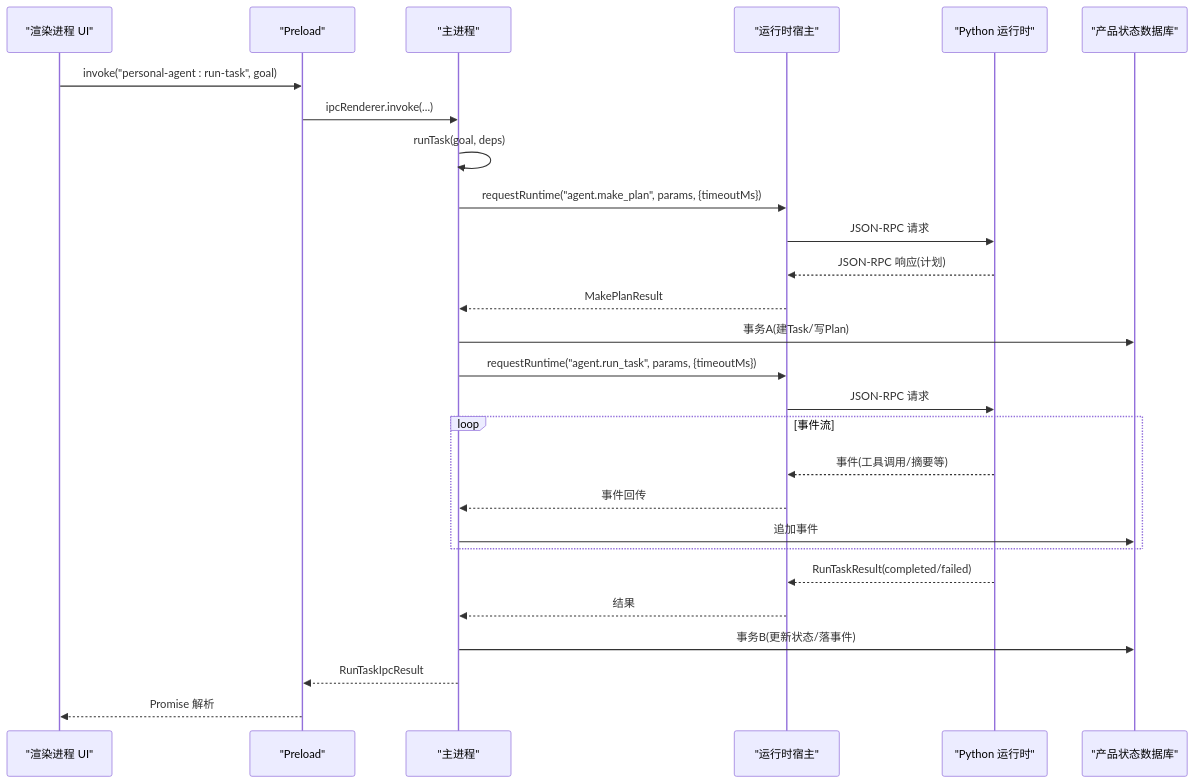
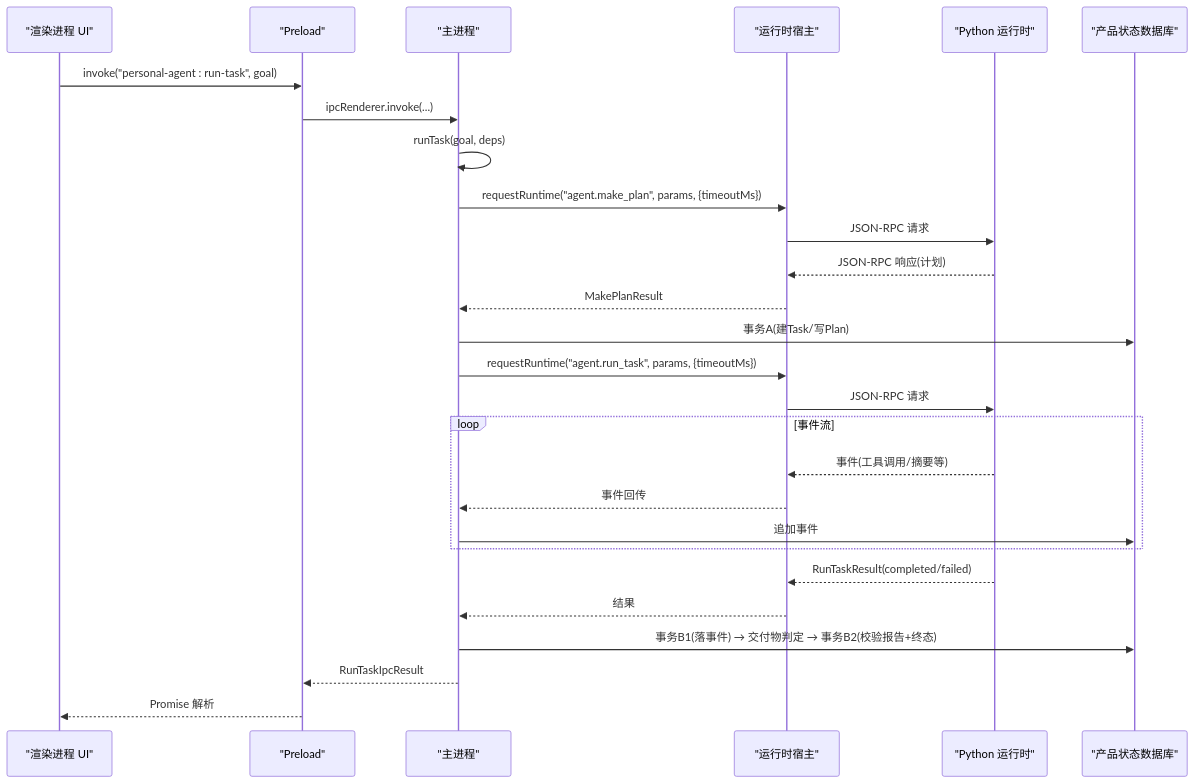
One commit to Azusa010/personal-agent changed the second of 6 diagrams in .repowiki/zh/content/API 协议/IPC 通信协议.md. Above: the diagram before and after it, drawn with Mermaid. The commit also changed other lines of this file and 23 other files, not shown here.

````diff
--- a/.repowiki/zh/content/API 协议/IPC 通信协议.md
+++ b/.repowiki/zh/content/API 协议/IPC 通信协议.md
@@ -104,29 +104,29 @@
 ```mermaid
 sequenceDiagram
 participant UI as "渲染进程 UI"
 participant PL as "Preload"
 participant MAIN as "主进程"
 participant RT as "运行时宿主"
 participant PY as "Python 运行时"
 participant DB as "产品状态数据库"
 UI->>PL : invoke("personal-agent : run-task", goal)
 PL->>MAIN : ipcRenderer.invoke(...)
 MAIN->>MAIN : runTask(goal, deps)
 MAIN->>RT : requestRuntime("agent.make_plan", params, {timeoutMs})
 RT->>PY : JSON-RPC 请求
 PY-->>RT : JSON-RPC 响应(计划)
 RT-->>MAIN : MakePlanResult
 MAIN->>DB : 事务A(建Task/写Plan)
 MAIN->>RT : requestRuntime("agent.run_task", params, {timeoutMs})
 RT->>PY : JSON-RPC 请求
 loop 事件流
 PY-->>RT : 事件(工具调用/摘要等)
 RT-->>MAIN : 事件回传
 MAIN->>DB : 追加事件
 end
 PY-->>RT : RunTaskResult(completed/failed)
 RT-->>MAIN : 结果
-MAIN->>DB : 事务B(更新状态/落事件)
+MAIN->>DB : 事务B1(落事件) → 交付物判定 → 事务B2(校验报告+终态)
 MAIN-->>PL : RunTaskIpcResult
 PL-->>UI : Promise 解析
 ```
````
